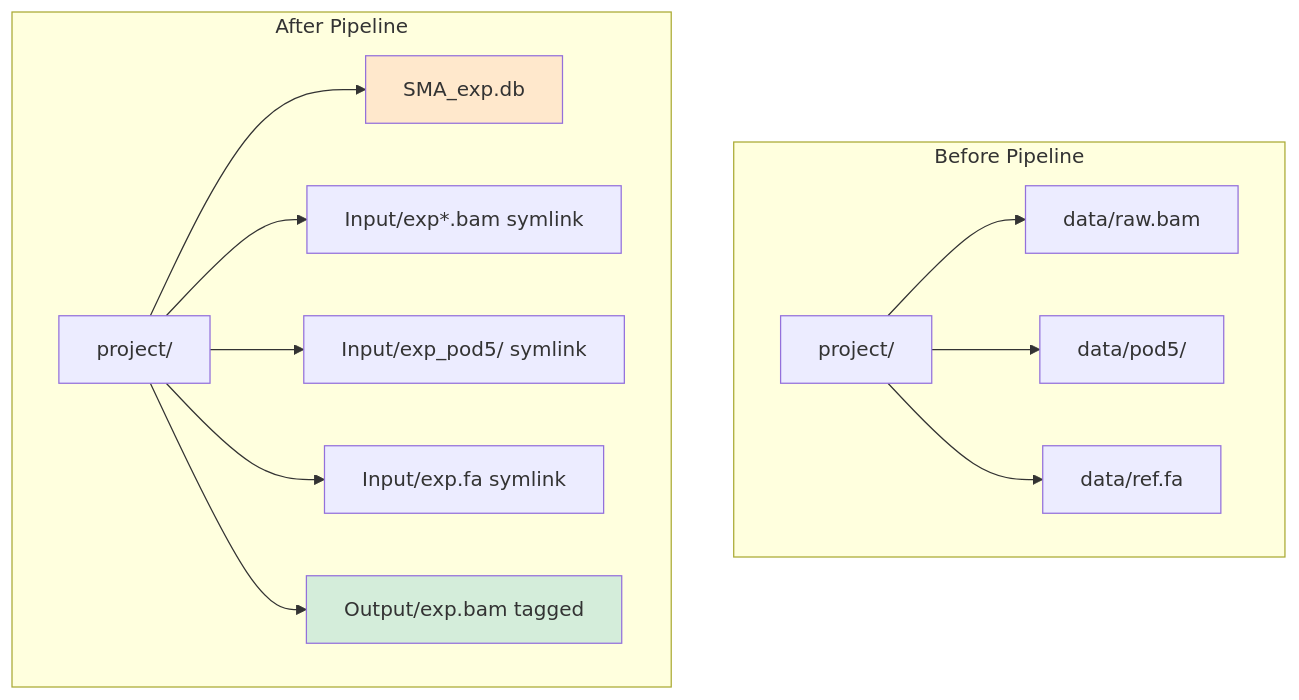
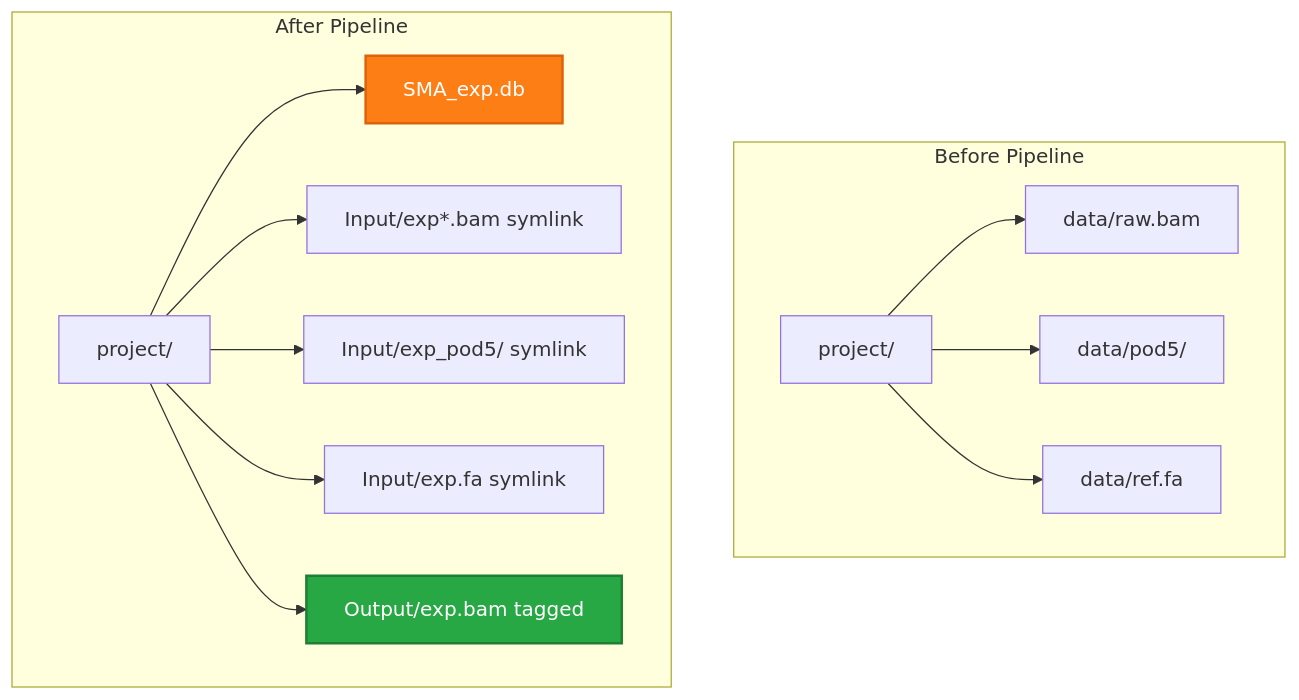
Before and after one commit to Single-Molecule-Sequencing/ONT-SMA-seq: the sixth of 7 diagrams in DIAGRAMS.md, drawn with Mermaid. The commit also changed other lines of this file and 1 other file, not shown here.

Commit message:
Improve color scheme for better readability in diagrams

````diff
--- a/DIAGRAMS.md
+++ b/DIAGRAMS.md
@@ -240,29 +240,29 @@
 ```mermaid
 graph TB
     subgraph "Before Pipeline"
         B1[project/]
         B2[data/raw.bam]
         B3[data/pod5/]
         B4[data/ref.fa]
         B1 --> B2
         B1 --> B3
         B1 --> B4
     end
     
     subgraph "After Pipeline"
         A1[project/]
         A2[SMA_exp.db]
         A3[Input/exp*.bam symlink]
         A4[Input/exp_pod5/ symlink]
         A5[Input/exp.fa symlink]
         A6[Output/exp.bam tagged]
         A1 --> A2
         A1 --> A3
         A1 --> A4
         A1 --> A5
         A1 --> A6
     end
     
-    style A2 fill:#ffe8cc
-    style A6 fill:#d4edda
+    style A2 fill:#fd7e14,stroke:#dc6308,stroke-width:2px,color:#fff
+    style A6 fill:#28a745,stroke:#1e7e34,stroke-width:2px,color:#fff
 ```
````
